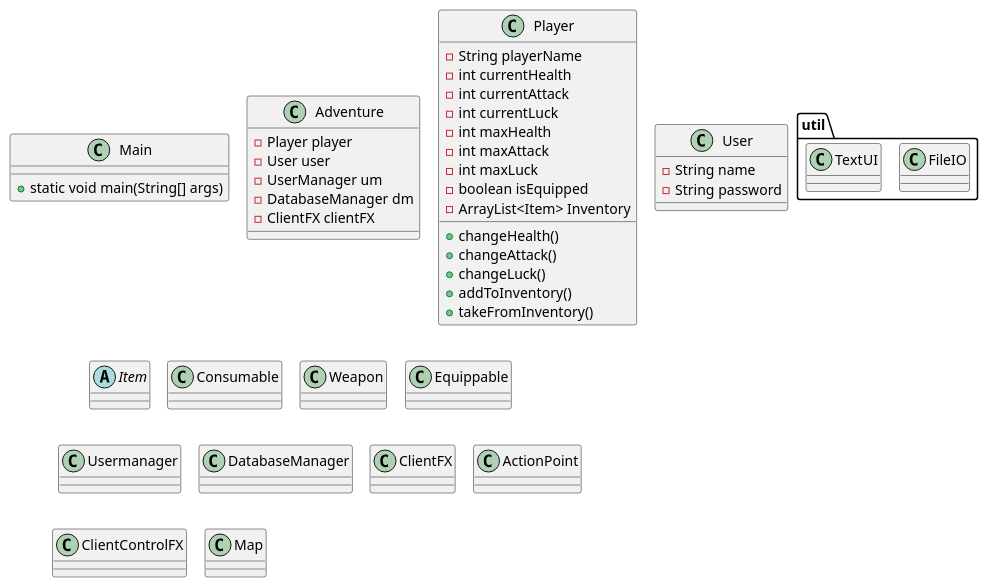
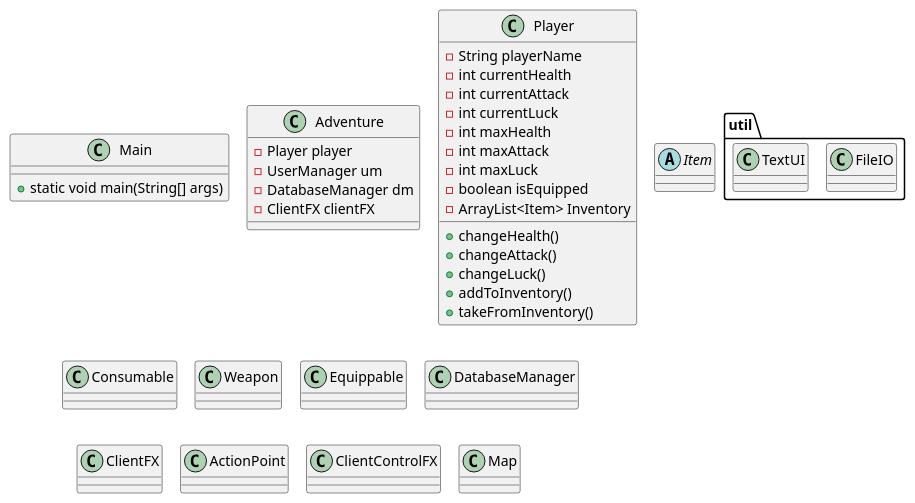
The diagram in doc/Version0.puml (EmilXavierVT/2025ICE), drawn with PlantUML before and after one commit. The commit also changed 4 other files, not shown here.

Commit message:
Fixed diagrams 13-05-25, 12:21

```diff
--- a/doc/Version0.puml
+++ b/doc/Version0.puml
@@ -1,89 +1,82 @@
 @startuml
 !pragma layout smetana
 'https://plantuml.com/class-diagram
 
 
 class Main{
 
 + static void main(String[] args)
 }
 
 
 class Adventure{
 -Player player
-- User user
 - UserManager um
 - DatabaseManager dm
 -ClientFX clientFX
 
 }
 
 class Player{
 -String playerName
 -int currentHealth
 -int currentAttack
 - int currentLuck
 -int maxHealth
 -int maxAttack
 -int maxLuck
 -boolean isEquipped
 -ArrayList<Item> Inventory
 
 + changeHealth()
 + changeAttack()
 + changeLuck()
 + addToInventory()
 + takeFromInventory()
 
 
 '+ getPlayerName()
 '+ setPlayerName()
 '+ getCurrentHealth()
 '+ setCurrentHealth()
 '+getCurrentAttack()
 '+setCurrentAttack()
 '+getCurrentLuck()
 '+setCurrentLuck()
 '+getMaxHealth()
 '+setMaxHealth()
 '+getMaxStrength()
 '+setMaxStrength()
 '+getMaxLuck()
 '+setMaxLuck()
 '+getIsEquipped()
 '+setIsEquipped()
 '+getInventory()
 '+setInventory()
 '+addToInventory()
 
 
 
 
 }
 
 
-class User{
--String name
--String password
-}
 abstract class Item
 class Consumable
 class Weapon
 class Equippable
 
 package util{
 class FileIO
 class TextUI
 }
 
-
-class Usermanager
 class DatabaseManager
 class ClientFX
 class ActionPoint
 class ClientControlFX
 class Map
 
 
 
 @enduml
```
